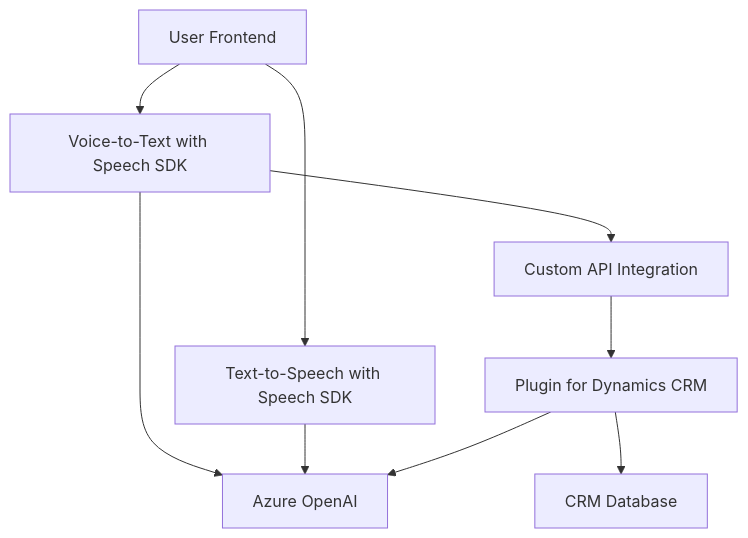
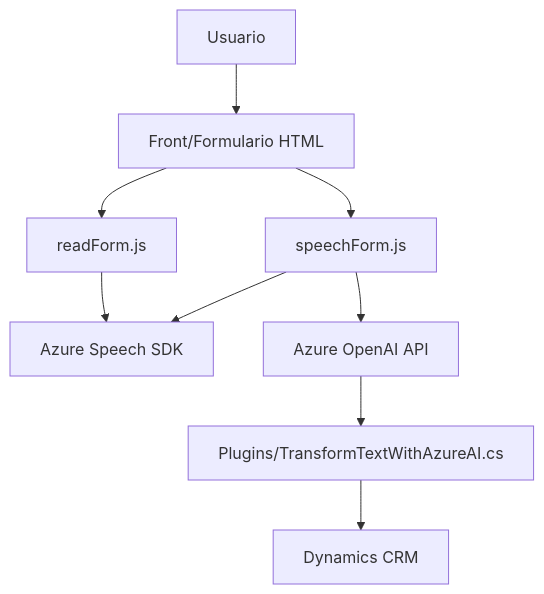
Before and after one commit to blopezdm/NETCORE_BILBAO2025: the diagram in README.md, drawn with Mermaid. The commit also changed other lines of this file, not shown here.

````diff
--- a/README.md
+++ b/README.md
@@ -46,19 +41,20 @@
 ```mermaid
 graph TD
-    A["User Frontend"]
-    B["Voice-to-Text with Speech SDK"]
-    C["Text-to-Speech with Speech SDK"]
-    D["Custom API Integration"]
-    E["Plugin for Dynamics CRM"]
-    F["Azure OpenAI"]
-    G["CRM Database"]
+    A[Usuario]
+    B["Front/Formulario HTML"]
+    C["readForm.js"]
+    D["speechForm.js"]
+    E[Azure Speech SDK]
+    F["Plugins/TransformTextWithAzureAI.cs"]
+    G["Azure OpenAI API"]
+    H["Dynamics CRM"]
 
     A --> B
-    A --> C
-    B --> F
-    C --> F
+    B --> C
     B --> D
+    C --> E
     D --> E
-    E --> F
-    E --> G
+    D --> G
+    G --> F
+    F --> H
 ```
````
